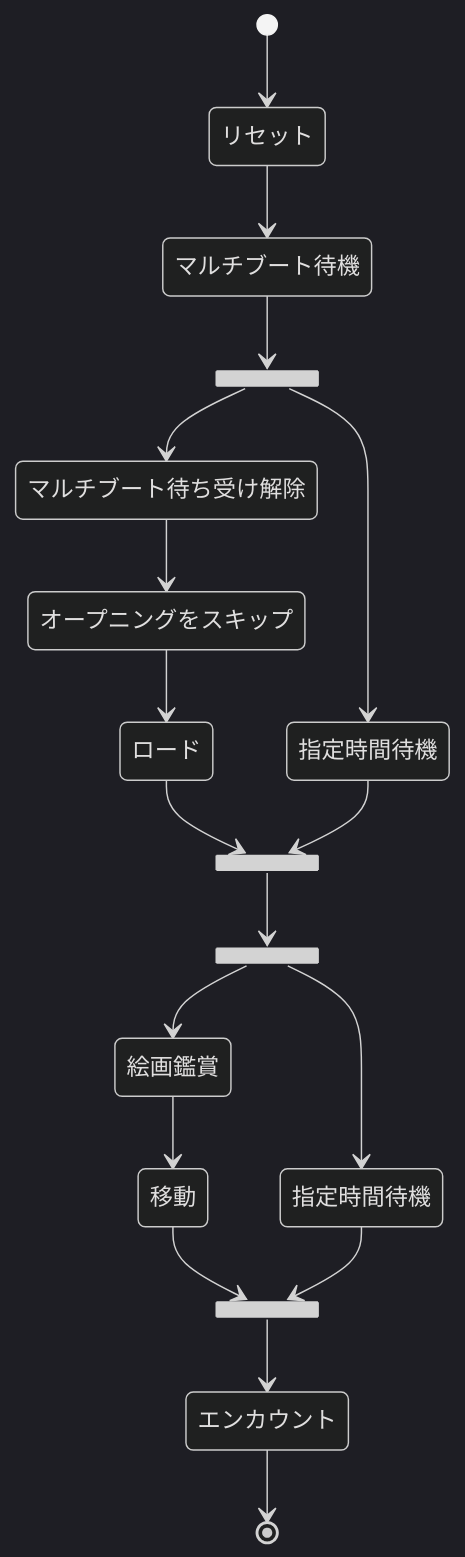
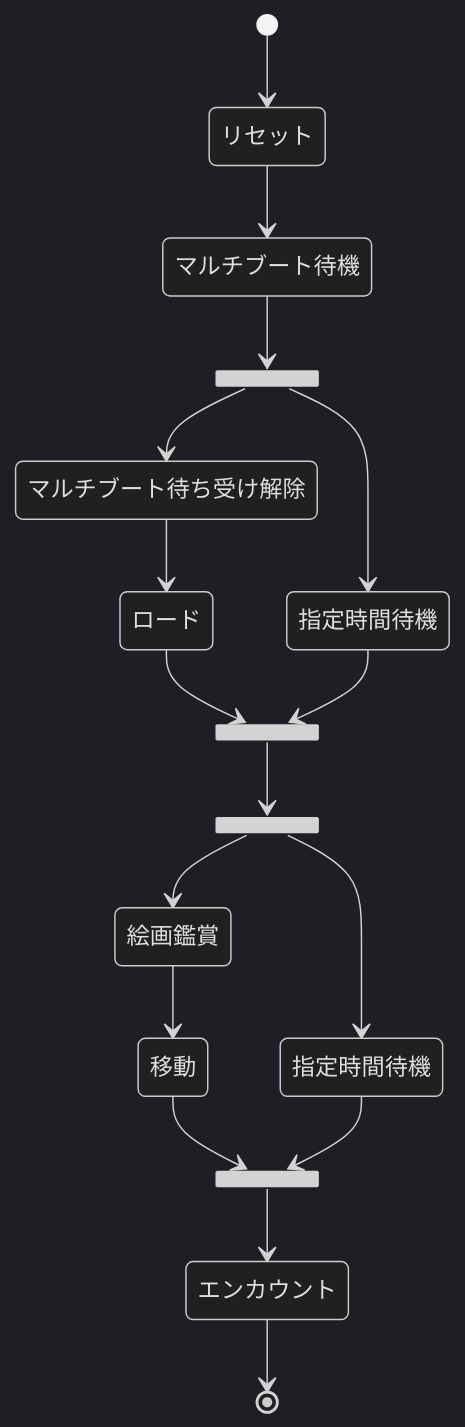
One commit to U-1F992/picture_seed_rng changed the diagram in README.md. Above: the diagram before and after it, drawn with Mermaid (dark theme). The commit also changed other lines of this file, not shown here.

````diff
--- a/README.md
+++ b/README.md
@@ -15,43 +16,41 @@
 ```mermaid
 stateDiagram-v2
     
     Reset: リセット
     StandbyMultiBoot: マルチブート待機
     CancelMultiBoot: マルチブート待ち受け解除
-    SkipOpening: オープニングをスキップ
     Load: ロード
     Appreciate: 絵画鑑賞
     Move: 移動
     Encounter: エンカウント
     Wait1: 指定時間待機
     Wait2: 指定時間待機
 
     [*] --> Reset
     Reset --> StandbyMultiBoot
     
     state fork1 <<fork>>
     state join1 <<join>>
         StandbyMultiBoot --> fork1
 
         fork1 --> CancelMultiBoot
-        CancelMultiBoot --> SkipOpening
-        SkipOpening --> Load
+        CancelMultiBoot --> Load
         Load --> join1
 
         fork1 --> Wait1
         Wait1 --> join1
 
     state fork2 <<fork>>
     state join2 <<join>>
         join1 --> fork2
 
         fork2 --> Appreciate
         Appreciate --> Move
         Move --> join2
 
         fork2 --> Wait2
         Wait2 --> join2
 
     join2 --> Encounter
     Encounter --> [*]
 ```
````
